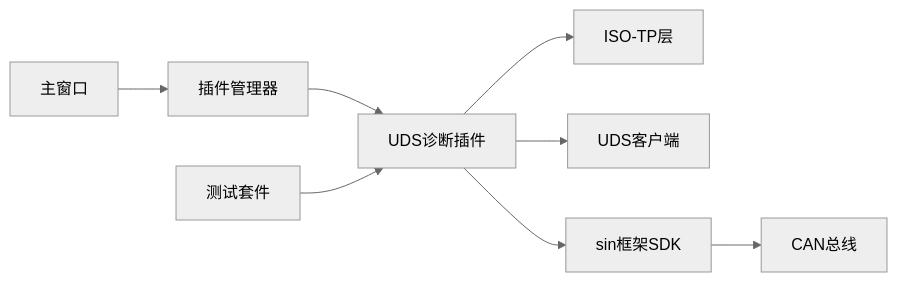
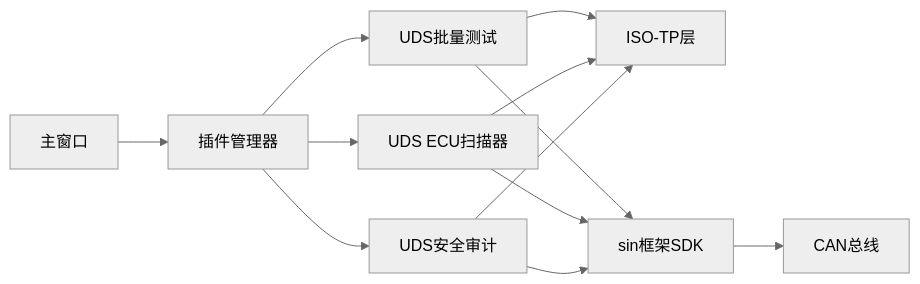
The seventh of 7 diagrams in .qoder/repowiki/zh/content/核心模块详解/UDS诊断接口.md (jakecai1225-design/OpenBus), drawn with Mermaid (neutral theme) before and after one commit. The commit also changed other lines of this file and 80 other files, not shown here.

Commit message:
graphic 优化

````diff
--- a/.qoder/repowiki/zh/content/核心模块详解/UDS诊断接口.md
+++ b/.qoder/repowiki/zh/content/核心模块详解/UDS诊断接口.md
@@ -248,10 +349,14 @@
 ```mermaid
 graph LR
 MainWindow["主窗口"] --> PluginMgr["插件管理器"]
-PluginMgr --> UDSPlugin["UDS诊断插件"]
-UDSPlugin --> Isotp["ISO-TP层"]
-UDSPlugin --> Client["UDS客户端"]
-UDSPlugin --> SinSDK["sin框架SDK"]
+PluginMgr --> UDSBatch["UDS批量测试"]
+PluginMgr --> UDSScan["UDS ECU扫描器"]
+PluginMgr --> UDSSecurity["UDS安全审计"]
+UDSBatch --> Isotp["ISO-TP层"]
+UDSScan --> Isotp
+UDSSecurity --> Isotp
+UDSBatch --> SinSDK["sin框架SDK"]
+UDSScan --> SinSDK
+UDSSecurity --> SinSDK
 SinSDK --> CANBus["CAN总线"]
-TestSuite["测试套件"] --> UDSPlugin
 ```
````
